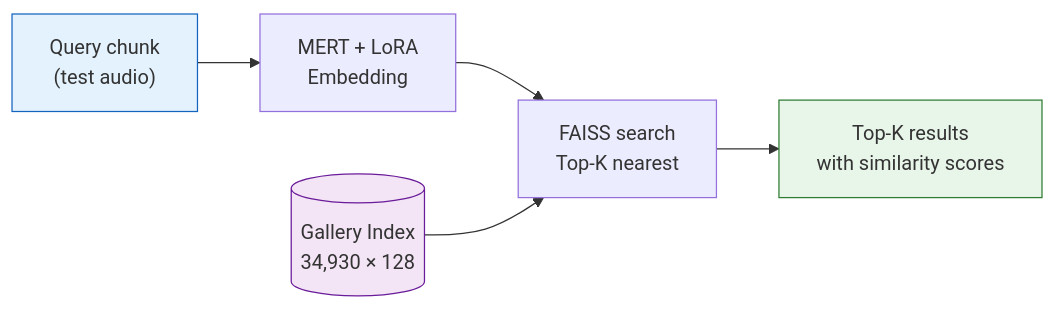
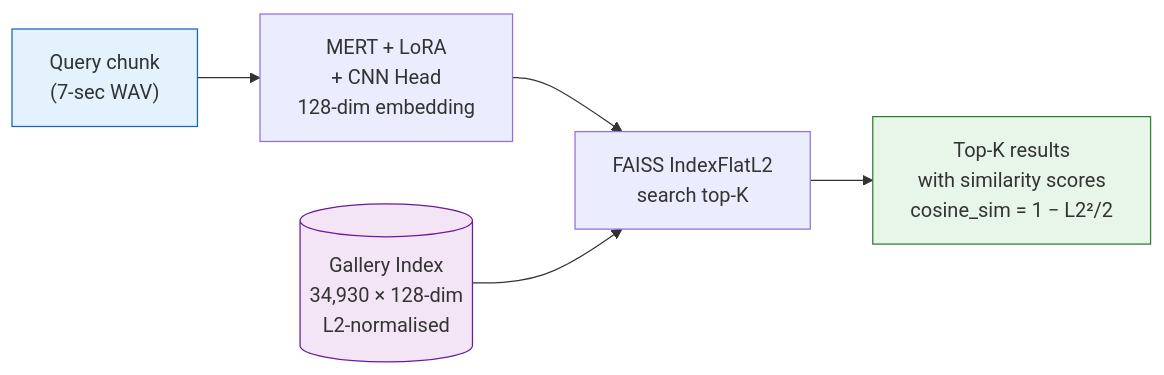
The seventh of 7 diagrams in website/docs/pipeline.md (mperumal-usd/capstone_team_3), drawn with Mermaid before and after one commit. The commit also changed other lines of this file and 1 other file, not shown here.

Commit message:
Add v5 notebook visualizations to results and pipeline pages

````diff
--- a/website/docs/pipeline.md
+++ b/website/docs/pipeline.md
@@ -191,11 +175,11 @@
 ```mermaid
 graph LR
-    Q["Query chunk\n(test audio)"] --> QE["MERT + LoRA\nEmbedding"]
-    QE --> FS["FAISS search\nTop-K nearest"]
-    DB[("Gallery Index\n34,930 × 128")] --> FS
-    FS --> R["Top-K results\nwith similarity scores"]
+    Q["Query chunk\n(7-sec WAV)"] --> QE["MERT + LoRA\n+ CNN Head\n128-dim embedding"]
+    QE --> FS["FAISS IndexFlatL2\nsearch top-K"]
+    DB[("Gallery Index\n34,930 × 128-dim\nL2-normalised")] --> FS
+    FS --> R["Top-K results\nwith similarity scores\ncosine_sim = 1 − L2²/2"]
 
     style Q fill:#e3f2fd,stroke:#1565c0
     style DB fill:#f3e5f5,stroke:#6a1b9a
     style R fill:#e8f5e9,stroke:#2e7d32
 ```
````
